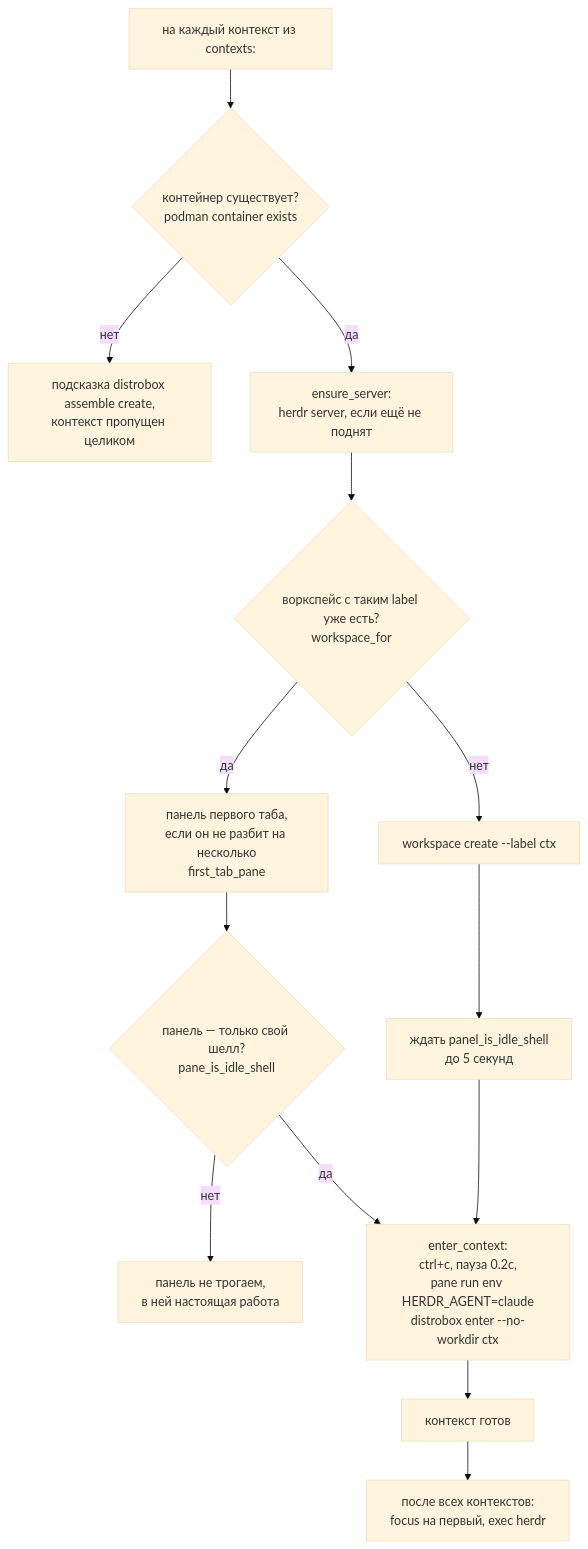
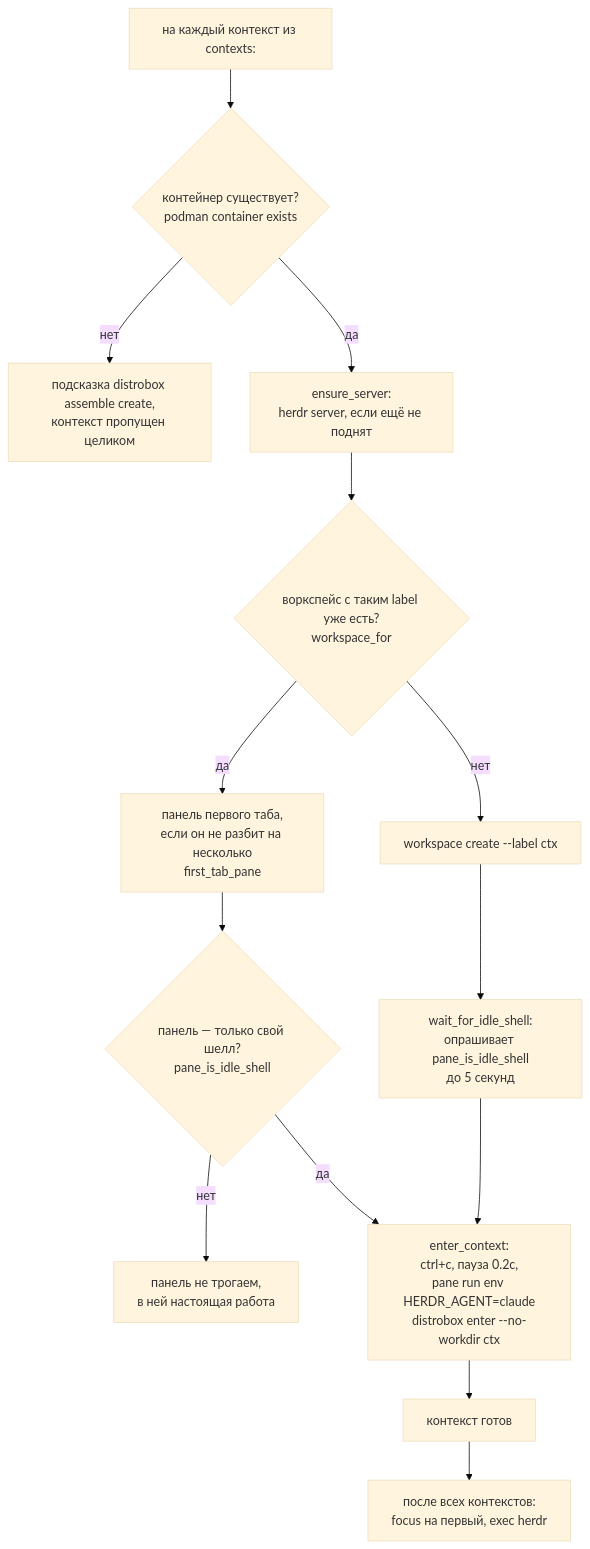
The second of 2 diagrams in docs/multiplexer.md (stpntkhnv/dotfiles), drawn with Mermaid (base theme) before and after one commit. The commit also changed other lines of this file and 1 other file, not shown here.

````diff
--- a/docs/multiplexer.md
+++ b/docs/multiplexer.md
@@ -70,16 +70,16 @@
 ```mermaid
 flowchart TD
     START["на каждый контекст из contexts:"] --> EXISTS{"контейнер существует?<br/>podman container exists"}
     EXISTS -- нет --> HINT["подсказка distrobox assemble create,<br/>контекст пропущен целиком"]
     EXISTS -- да --> ENSURE["ensure_server:<br/>herdr server, если ещё не поднят"]
     ENSURE --> WS{"воркспейс с таким label уже есть?<br/>workspace_for"}
     WS -- нет --> CREATE["workspace create --label ctx"]
-    CREATE --> WAIT["ждать panel_is_idle_shell<br/>до 5 секунд"]
+    CREATE --> WAIT["wait_for_idle_shell:<br/>опрашивает pane_is_idle_shell<br/>до 5 секунд"]
     WS -- да --> PANE["панель первого таба,<br/>если он не разбит на несколько<br/>first_tab_pane"]
     PANE --> IDLE{"панель — только свой шелл?<br/>pane_is_idle_shell"}
     IDLE -- нет --> SKIP["панель не трогаем,<br/>в ней настоящая работа"]
     IDLE -- да --> ENTER
     WAIT --> ENTER["enter_context:<br/>ctrl+c, пауза 0.2с,<br/>pane run env HERDR_AGENT=claude<br/>distrobox enter --no-workdir ctx"]
     ENTER --> DONE["контекст готов"]
     DONE --> FOCUS["после всех контекстов:<br/>focus на первый, exec herdr"]
 ```
````
